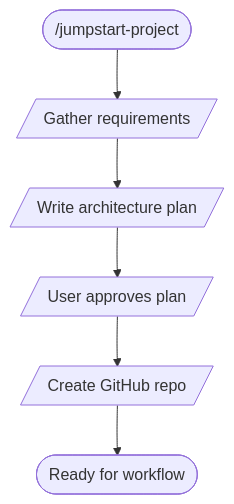
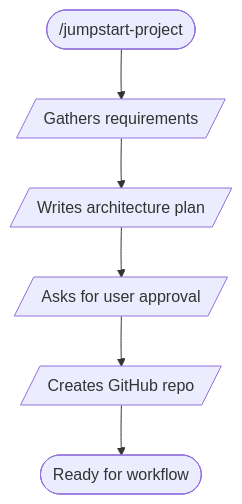
The first of 2 diagrams in README.md (thinkgibson/Jumpstart), drawn with Mermaid before and after one commit. The commit also changed other lines of this file, not shown here.

````diff
--- a/README.md
+++ b/README.md
@@ -47,8 +55,8 @@
 ```mermaid
 flowchart TD
-    Start([/jumpstart-project]) --> Reqs[/Gather requirements/]
-    Reqs -->Arch[/Write architecture plan/]
-    Arch -->Approval[/User approves plan/]
-    Approval --> Repo[/Create GitHub repo/]
+    Start([/jumpstart-project]) --> Reqs[/Gathers requirements/]
+    Reqs -->Arch[/Writes architecture plan/]
+    Arch -->Approval[/Asks for user approval/]
+    Approval --> Repo[/Creates GitHub repo/]
     Repo --> End([Ready for workflow])
 ```
````
